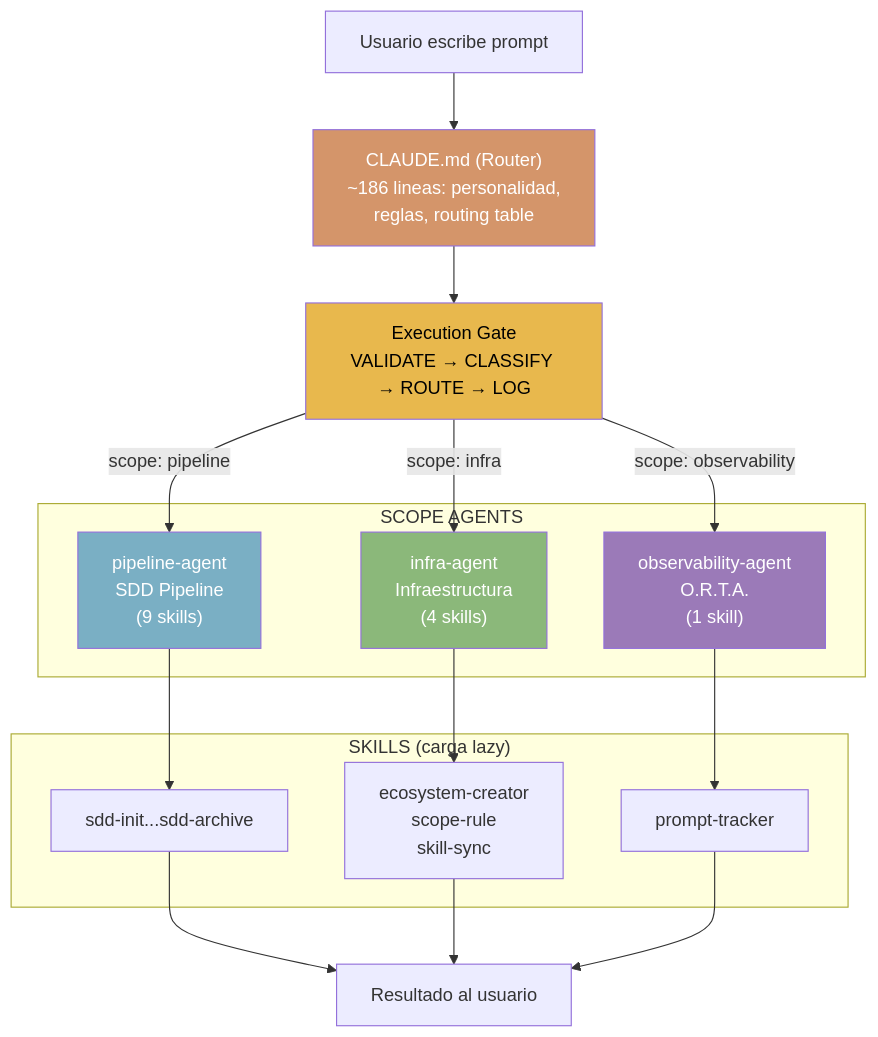
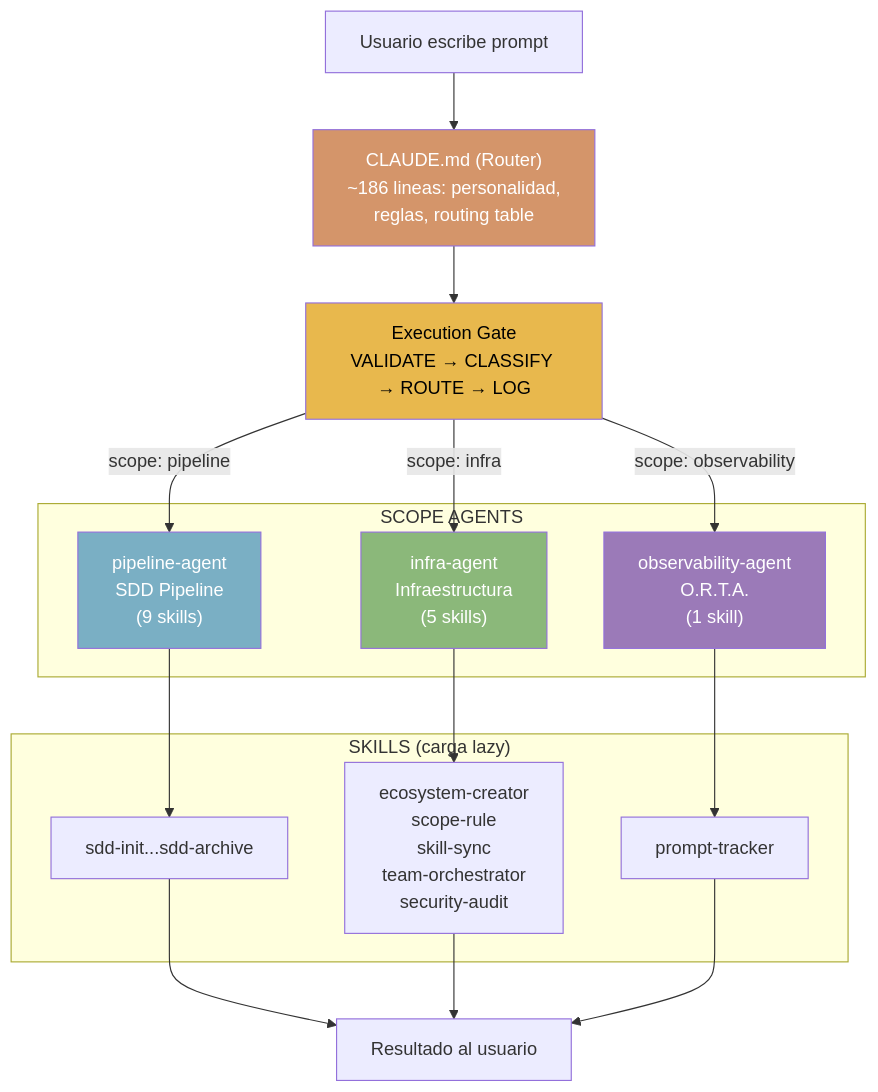
Before and after one commit to jota-batuta/batuta-dots: the second of 23 diagrams in docs/architecture/arquitectura-diagrama.md, drawn with Mermaid. The commit also changed other lines of this file and 3 other files, not shown here.

First line of the commit message:
fix(docs): update QA file tree, diagram count, infra-agent skill count

````diff
--- a/docs/architecture/arquitectura-diagrama.md
+++ b/docs/architecture/arquitectura-diagrama.md
@@ -61,37 +61,37 @@
 ```mermaid
 flowchart TD
     USER["Usuario escribe prompt"]
     GATE["Execution Gate<br/>VALIDATE → CLASSIFY → ROUTE → LOG"]
     ROUTER["CLAUDE.md (Router)<br/>~186 lineas: personalidad,<br/>reglas, routing table"]
 
     subgraph AGENTS["SCOPE AGENTS"]
         PIPELINE["pipeline-agent<br/>SDD Pipeline<br/>(9 skills)"]
-        INFRA["infra-agent<br/>Infraestructura<br/>(4 skills)"]
+        INFRA["infra-agent<br/>Infraestructura<br/>(5 skills)"]
         OBS["observability-agent<br/>O.R.T.A.<br/>(1 skill)"]
     end
 
     subgraph SKILLS["SKILLS (carga lazy)"]
         SDD["sdd-init...sdd-archive"]
-        ECO["ecosystem-creator<br/>scope-rule<br/>skill-sync"]
+        ECO["ecosystem-creator<br/>scope-rule<br/>skill-sync<br/>team-orchestrator<br/>security-audit"]
         PROMPT["prompt-tracker"]
     end
 
     RESULT["Resultado al usuario"]
 
     USER --> ROUTER --> GATE
     GATE -->|"scope: pipeline"| PIPELINE
     GATE -->|"scope: infra"| INFRA
     GATE -->|"scope: observability"| OBS
     PIPELINE --> SDD
     INFRA --> ECO
     OBS --> PROMPT
     SDD --> RESULT
     ECO --> RESULT
     PROMPT --> RESULT
 
     style ROUTER fill:#D4956A,color:#fff
     style GATE fill:#E8B84D,color:#000
     style PIPELINE fill:#7AAFC4,color:#fff
     style INFRA fill:#8BB87A,color:#fff
     style OBS fill:#9B7AB8,color:#fff
 ```
````
